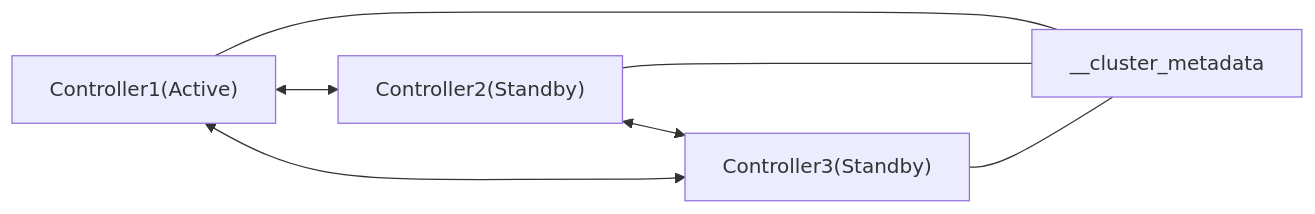
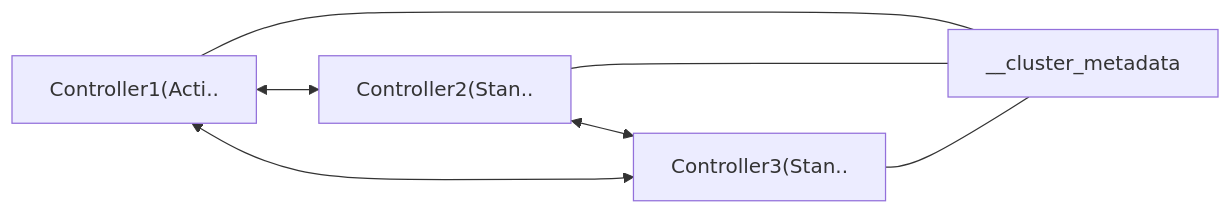
One commit to yjkim2015/yjkim2015.github.io changed the ninth of 17 diagrams in _posts/kafka/2026-05-01-kafka-fundamentals.md. Above: the diagram before and after it, drawn with Mermaid. The commit also changed other lines of this file and 149 other files, not shown here.

First line of the commit message:
Mermaid 가독성 개선: 라벨 축약, 노드 축소, TD→LR 변환

````diff
--- a/_posts/kafka/2026-05-01-kafka-fundamentals.md
+++ b/_posts/kafka/2026-05-01-kafka-fundamentals.md
@@ -293,7 +292,7 @@
 ```mermaid
 graph LR
-    C1["Controller1(Active)"] <--> C2["Controller2(Standby)"]
-    C2 <--> C3["Controller3(Standby)"]
+    C1["Controller1(Acti.."] <--> C2["Controller2(Stan.."]
+    C2 <--> C3["Controller3(Stan.."]
     C1 <--> C3
     C1 & C2 & C3 --- META["__cluster_metadata"]
 ```
````
